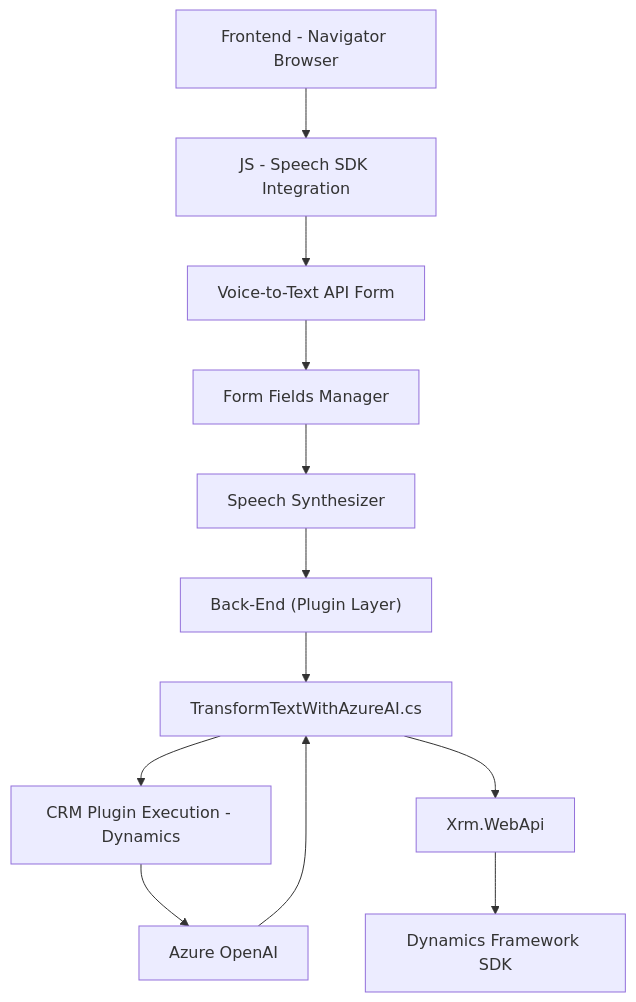
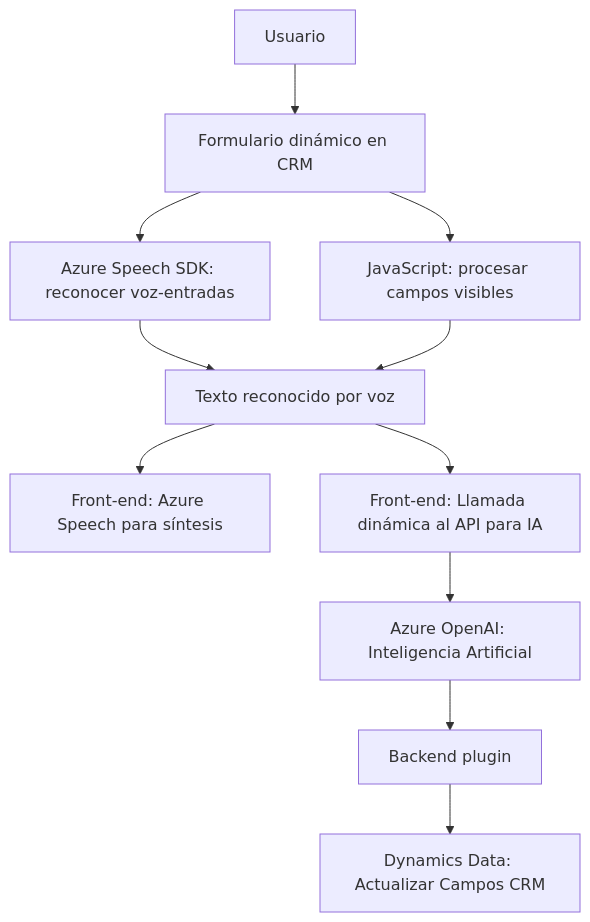
Before and after one commit to blopezdm/NETCORE_BILBAO2025: the diagram in README.md, drawn with Mermaid. The commit also changed other lines of this file, not shown here.

Commit message:
Actualizar análisis global de la solución con IA

````diff
--- a/README.md
+++ b/README.md
@@ -56,28 +60,13 @@
 ```mermaid
 graph TD
-A["Frontend - Navigator Browser"]
-B["JS - Speech SDK Integration"]
-F["Voice-to-Text API Form"]
-C["Form Fields Manager"]
-E["Speech Synthesizer"]
-
-P["Back-End (Plugin Layer)"]
-G["TransformTextWithAzureAI.cs"]
-H["CRM Plugin Execution - Dynamics"]
-I["Azure OpenAI"]
-
-U["Xrm.WebApi"]
-K["Dynamics Framework SDK"]
-
-A --> B
-B --> F
-F --> C
-C --> E
-E --> P
-P --> G
-G --> H
-H --> I
-I --> G
-G --> U
-U --> K
+A["Usuario"] --> B["Formulario dinámico en CRM"]
+B --> C["Azure Speech SDK: reconocer voz-entradas"]
+B --> D["JavaScript: procesar campos visibles"] 
+C --> E["Texto reconocido por voz"]
+D --> E
+E --> F["Front-end: Azure Speech para síntesis"]
+E --> G["Front-end: Llamada dinámica al API para IA"]
+G --> H["Azure OpenAI: Inteligencia Artificial"]
+H --> I["Backend plugin"]
+I --> J["Dynamics Data: Actualizar Campos CRM"]
 ```
````
